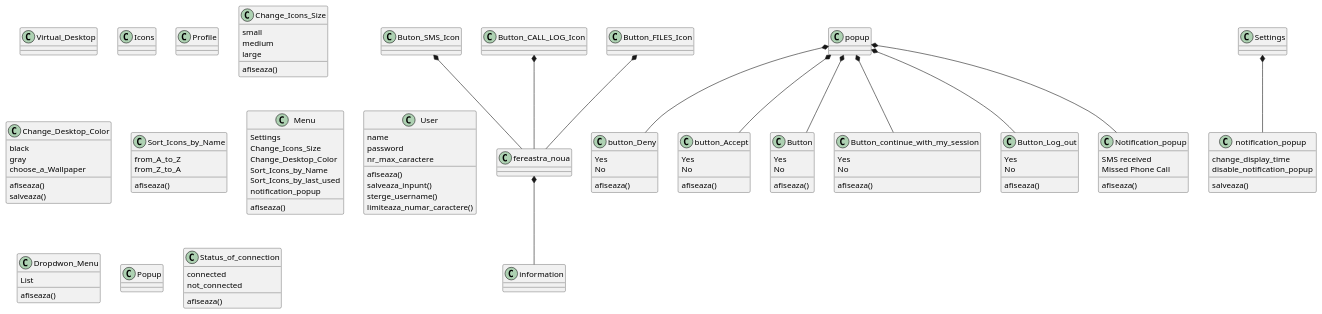
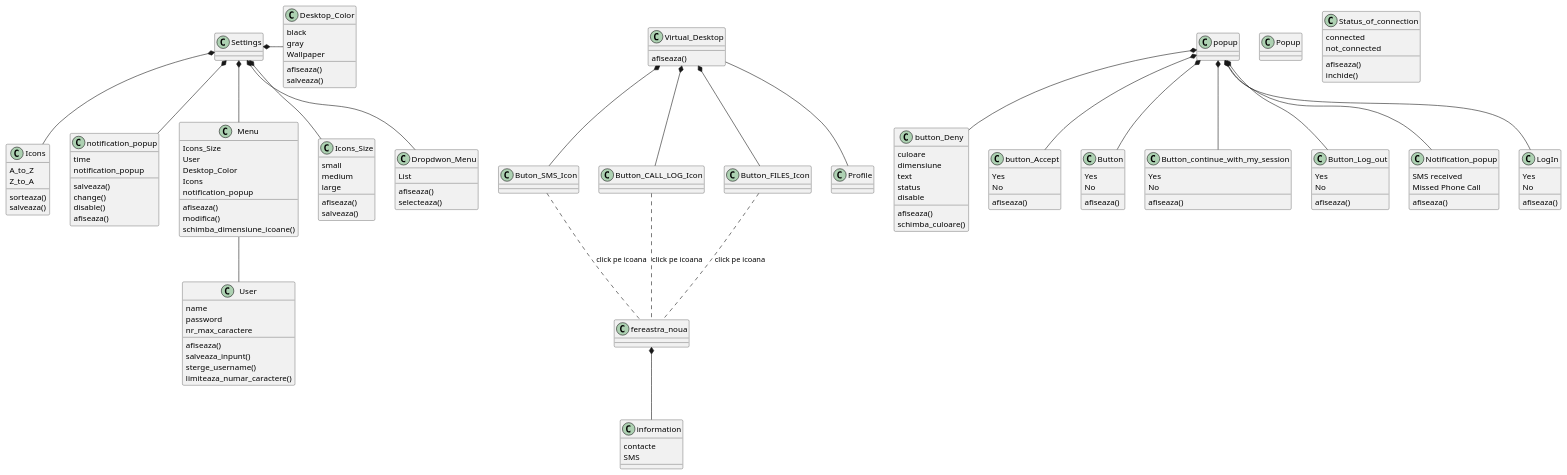
One commit to ofrasia/Remote_Phone_App_1 changed the diagram in Class Diagram.puml. Above: the diagram before and after it, drawn with PlantUML. The commit also changed 2 other files, not shown here.

```diff
--- a/Class Diagram.puml
+++ b/Class Diagram.puml
@@ -1,126 +1,161 @@
 @startuml
 class Virtual_Desktop {
+
+afiseaza()
 }
 class Icons {
 }
 class Buton_SMS_Icon {
 }
 class Button_CALL_LOG_Icon {
 }
 class Button_FILES_Icon {
 }
 class Profile {
 }
 class button_Deny {
-Yes
-No
+culoare
+dimensiune
+text
+status
+disable
 afiseaza()
+schimba_culoare()
+
 }
 class button_Accept{
 Yes
 No
 afiseaza()
 }
 popup *-- Button
 popup *-- Button_continue_with_my_session
 popup *-- Button_Log_out
 popup *-- Notification_popup
 popup *-- button_Accept
 popup *-- button_Deny
 Settings *-- notification_popup
+popup *-- LogIn
+Menu -- User
+Settings *- Desktop_Color
+Settings *-- Icons_Size
+Settings *-- Icons
+Settings *-- Menu
+Settings *-- Dropdwon_Menu
+Virtual_Desktop *-- Button_FILES_Icon
+Virtual_Desktop *-- Buton_SMS_Icon
+Virtual_Desktop *-- Button_CALL_LOG_Icon
+Virtual_Desktop -- Profile
+
 
 
 class Button_Log_out {
 afiseaza()
 Yes
 No
 }
 class Button_continue_with_my_session {
 afiseaza()
 Yes
 No
 }
 
-class Change_Icons_Size {
+class Icons_Size {
 small
 medium
 large
 afiseaza()
+salveaza()
 }
 
-class Change_Desktop_Color {
+class Desktop_Color {
 afiseaza()
 salveaza()
 black
 gray
-choose_a_Wallpaper
+Wallpaper
 }
 
-class Sort_Icons_by_Name {
-afiseaza()
-from_A_to_Z
-from_Z_to_A
+class Icons {
+sorteaza()
+salveaza()
+A_to_Z
+Z_to_A
 }
 
 class Menu{
-Settings
 afiseaza()
-Change_Icons_Size
-Change_Desktop_Color
-Sort_Icons_by_Name
-Sort_Icons_by_last_used
+modifica()
+schimba_dimensiune_icoane()
+Icons_Size
+User
+Desktop_Color
+Icons
 notification_popup
 }
 
 
 class notification_popup {
-change_display_time
-disable_notification_popup
+time
+notification_popup
 salveaza()
+change()
+disable()
+afiseaza()
 }
 
 class User {
 name
 password
 nr_max_caractere
 afiseaza()
 salveaza_inpunt()
 sterge_username()
 limiteaza_numar_caractere()
 }
 class Dropdwon_Menu {
 List
 afiseaza()
+selecteaza()
 }
 class Popup {
 
 }
 class Settings {
 }
 class Status_of_connection {
 connected
 not_connected
 afiseaza()
+inchide()
 }
 class fereastra_noua {
 }
 class Button {
 Yes
 No
 
 afiseaza()
 }
 
 class Notification_popup {
 SMS received
 Missed Phone Call
 afiseaza()
 }
-class information
+class information {
+contacte
+SMS
+}
 fereastra_noua *-- information
-Buton_SMS_Icon *-- fereastra_noua
-Button_CALL_LOG_Icon *-- fereastra_noua
-Button_FILES_Icon *-- fereastra_noua
+Buton_SMS_Icon .. fereastra_noua : click pe icoana
+Button_CALL_LOG_Icon .. fereastra_noua : click pe icoana
+Button_FILES_Icon .. fereastra_noua : click pe icoana
 
+class LogIn{
+Yes
+No
+afiseaza()
+}
 
 @enduml
```
